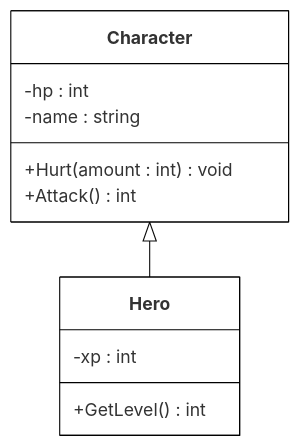
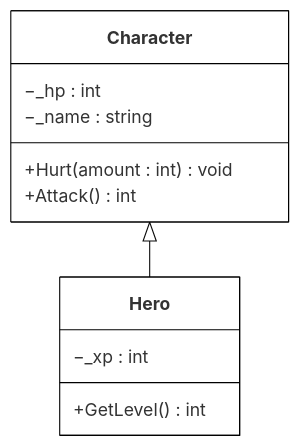
Before and after one commit to krank/csharp-ref: the second of 2 diagrams in klasser-och-objektorientering/klassdiagram.md, drawn with Mermaid. The commit also changed other lines of this file and 5 other files, not shown here.

````diff
--- a/klasser-och-objektorientering/klassdiagram.md
+++ b/klasser-och-objektorientering/klassdiagram.md
@@ -44,19 +44,19 @@
 ```mermaid
 %%{init: {'theme': 'base', 'themeVariables': 
 { 'primaryBorderColor': 'black', 
 'primaryColor': 'white'
 }}}%%
 
 classDiagram
   class Character{
-        -hp : int
-        -name : string 
+        −_hp : int
+        −_name : string 
         +Hurt(amount : int) void
         +Attack() int
   }
   class Hero{
-        -xp : int
+        −_xp : int
         +GetLevel() int
   }
   Character <|-- Hero
 ```
````
